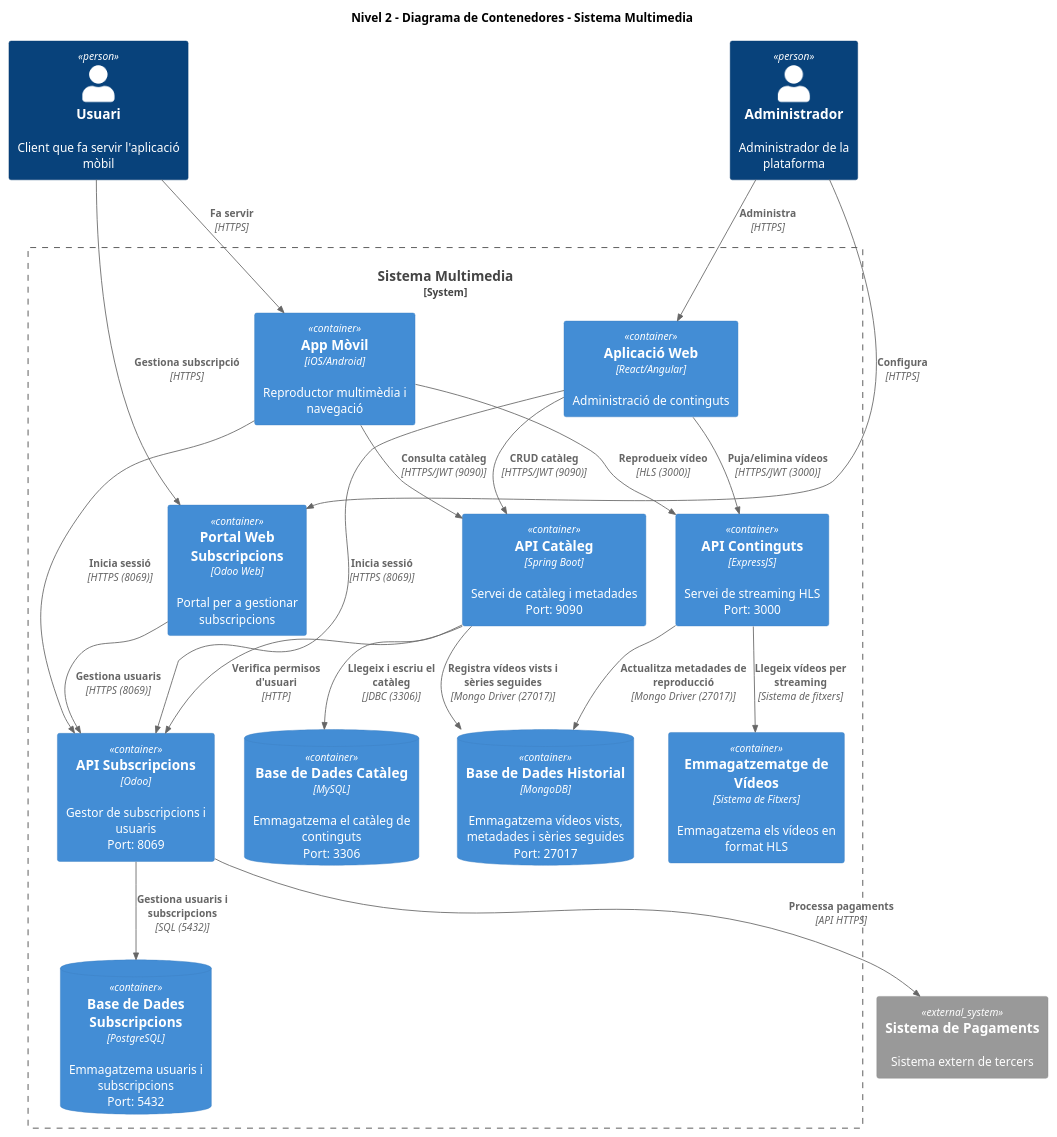
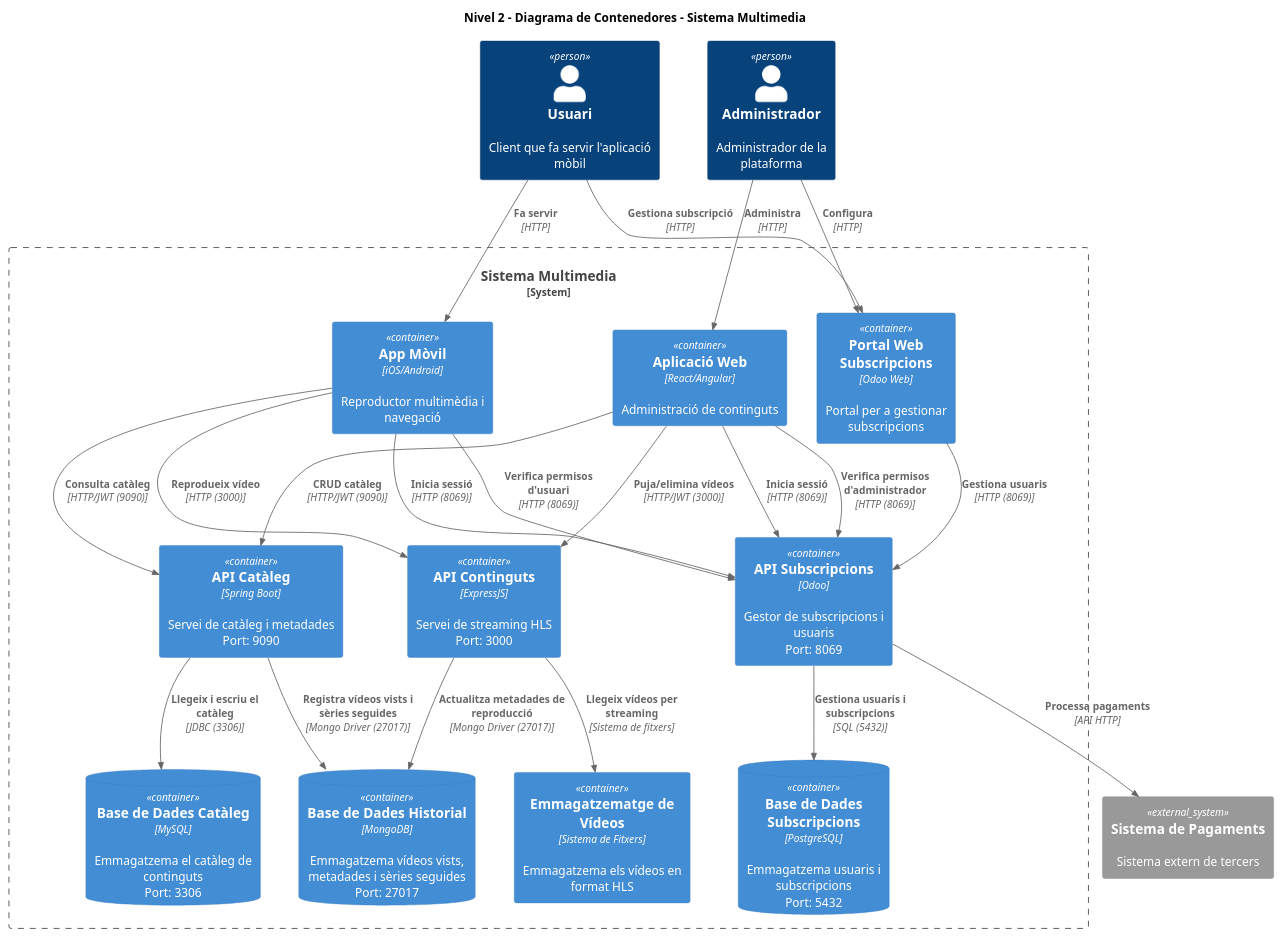
The diagram in Sprint1/Diagramas C4/C4-2.puml (jonimax11000/ProjecteIntermodular), drawn with PlantUML before and after one commit.

Commit message:
modificación de diagrama C4 nivel 2

```diff
--- a/Sprint1/Diagramas C4/C4-2.puml
+++ b/Sprint1/Diagramas C4/C4-2.puml
@@ -1,57 +1,58 @@
 @startuml
 !include <C4/C4_Container>
 
 title Nivel 2 - Diagrama de Contenedores - Sistema Multimedia
 
 Person(usuari, "Usuari", "Client que fa servir l'aplicació mòbil")
 Person(administrador, "Administrador", "Administrador de la plataforma")
 
 System_Boundary(sistema_multimedia, "Sistema Multimedia") {
     Container(app_movil, "App Mòvil", "iOS/Android", "Reproductor multimèdia i navegació")
     Container(aplicacio_web, "Aplicació Web", "React/Angular", "Administració de continguts")
     Container(portal_web, "Portal Web Subscripcions", "Odoo Web", "Portal per a gestionar subscripcions")
     
     Container(api_cataleg, "API Catàleg", "Spring Boot", "Servei de catàleg i metadades\nPort: 9090")
     Container(api_continguts, "API Continguts", "ExpressJS", "Servei de streaming HLS\nPort: 3000")
     Container(api_subscripcions, "API Subscripcions", "Odoo", "Gestor de subscripcions i usuaris\nPort: 8069")
     
     ContainerDb(mysql_db, "Base de Dades Catàleg", "MySQL", "Emmagatzema el catàleg de continguts\nPort: 3306")
     ContainerDb(postgres_db, "Base de Dades Subscripcions", "PostgreSQL", "Emmagatzema usuaris i subscripcions\nPort: 5432")
     ContainerDb(mongodb_db, "Base de Dades Historial", "MongoDB", "Emmagatzema vídeos vists, metadades i sèries seguides\nPort: 27017")
     
     Container(internal_videos, "Emmagatzematge de Vídeos", "Sistema de Fitxers", "Emmagatzema els vídeos en format HLS")
 }
 
 System_Ext(sistema_pagaments, "Sistema de Pagaments", "Sistema extern de tercers")
 
 ' Relaciones principales
-Rel(usuari, app_movil, "Fa servir", "HTTPS")
-Rel(usuari, portal_web, "Gestiona subscripció", "HTTPS")
-Rel(administrador, aplicacio_web, "Administra", "HTTPS")
-Rel(administrador, portal_web, "Configura", "HTTPS")
+Rel(usuari, app_movil, "Fa servir", "HTTP")
+Rel(usuari, portal_web, "Gestiona subscripció", "HTTP")
+Rel(administrador, aplicacio_web, "Administra", "HTTP")
+Rel(administrador, portal_web, "Configura", "HTTP")
 
 ' Comunicaciones entre contenedores
-Rel(app_movil, api_cataleg, "Consulta catàleg", "HTTPS/JWT (9090)")
-Rel(app_movil, api_continguts, "Reprodueix vídeo", "HLS (3000)")
-Rel(app_movil, api_subscripcions, "Inicia sessió", "HTTPS (8069)")
+Rel(app_movil, api_cataleg, "Consulta catàleg", "HTTP/JWT (9090)")
+Rel(app_movil, api_continguts, "Reprodueix vídeo", "HTTP (3000)")
+Rel(app_movil, api_subscripcions, "Inicia sessió", "HTTP (8069)")
 
-Rel(aplicacio_web, api_cataleg, "CRUD catàleg", "HTTPS/JWT (9090)")
-Rel(aplicacio_web, api_continguts, "Puja/elimina vídeos", "HTTPS/JWT (3000)")
-Rel(aplicacio_web, api_subscripcions, "Inicia sessió", "HTTPS (8069)")
+Rel(aplicacio_web, api_cataleg, "CRUD catàleg", "HTTP/JWT (9090)")
+Rel(aplicacio_web, api_continguts, "Puja/elimina vídeos", "HTTP/JWT (3000)")
+Rel(aplicacio_web, api_subscripcions, "Inicia sessió", "HTTP (8069)")
 
-Rel(portal_web, api_subscripcions, "Gestiona usuaris", "HTTPS (8069)")
+Rel(portal_web, api_subscripcions, "Gestiona usuaris", "HTTP (8069)")
 
 ' Comunicaciones entre APIs y bases de datos - CORREGIDAS SEGÚN TUS ESPECIFICACIONES
 Rel(api_cataleg, mysql_db, "Llegeix i escriu el catàleg", "JDBC (3306)")
 Rel(api_cataleg, mongodb_db, "Registra vídeos vists i sèries seguides", "Mongo Driver (27017)")
 
 Rel(api_continguts, internal_videos, "Llegeix vídeos per streaming", "Sistema de fitxers")
 Rel(api_continguts, mongodb_db, "Actualitza metadades de reproducció", "Mongo Driver (27017)")
 
 Rel(api_subscripcions, postgres_db, "Gestiona usuaris i subscripcions", "SQL (5432)")
-Rel(api_subscripcions, sistema_pagaments, "Processa pagaments", "API HTTPS")
+Rel(api_subscripcions, sistema_pagaments, "Processa pagaments", "API HTTP")
 
 ' Conexión adicional: API de catálogo también necesita usuarios para permisos
-Rel(api_cataleg, api_subscripcions, "Verifica permisos d'usuari", "HTTP")
+Rel(app_movil, api_subscripcions, "Verifica permisos d'usuari", "HTTP (8069)")
+Rel(aplicacio_web, api_subscripcions, "Verifica permisos d'administrador", "HTTP (8069)")
 
 @enduml
```
